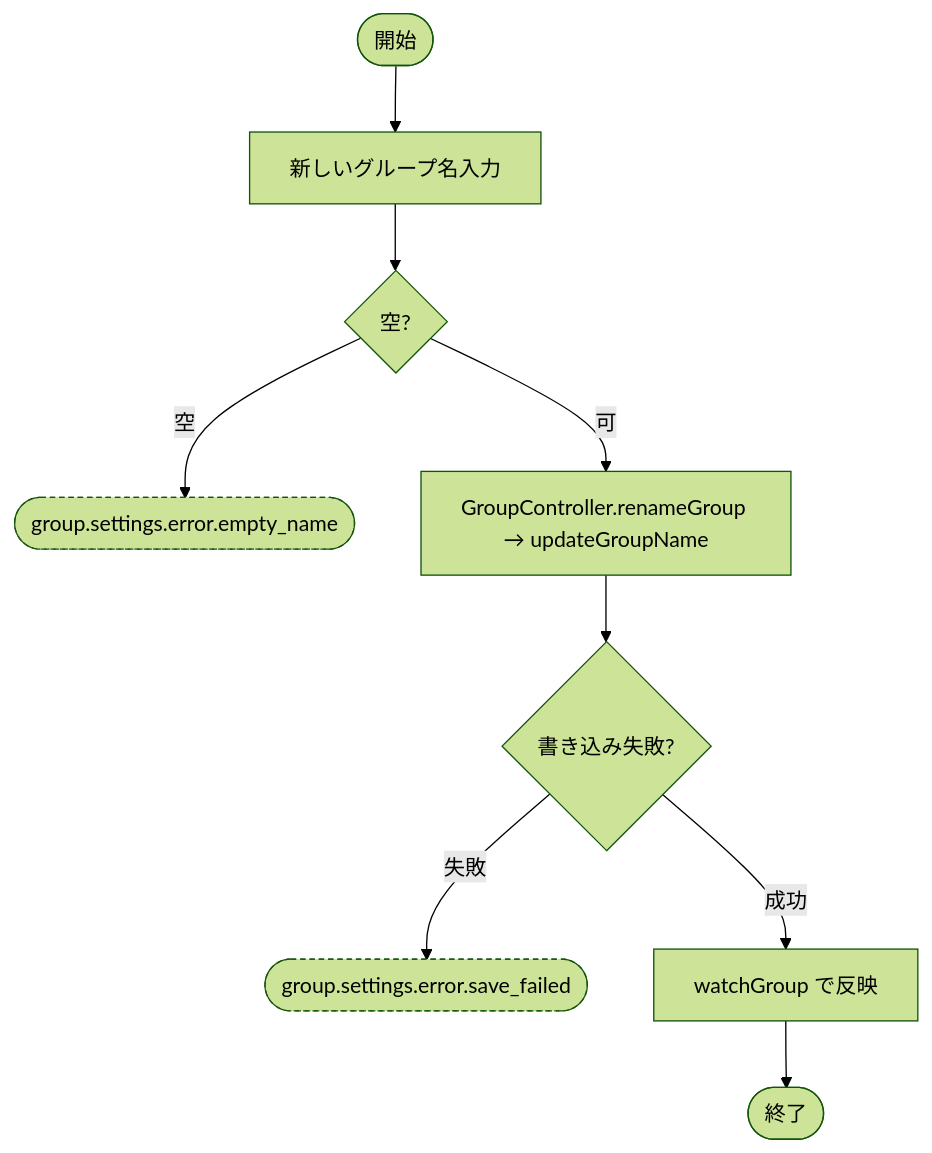
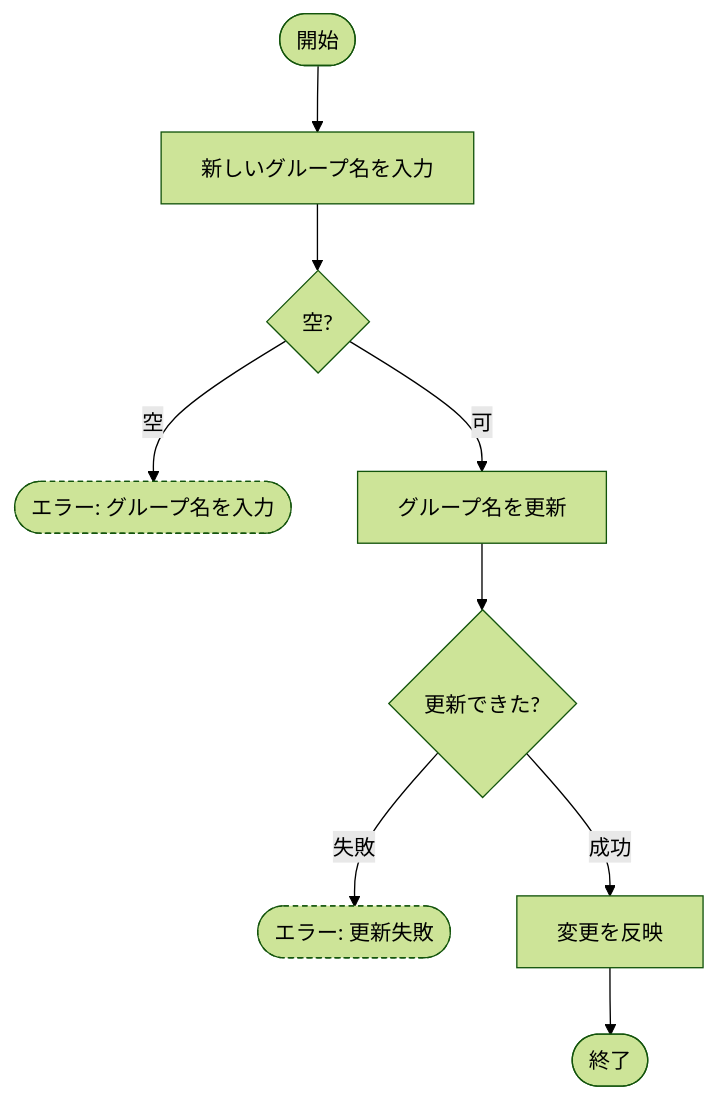
The eighth of 28 diagrams in docs/内部設計/アクティビティ図.md (ekusy/shopping-list-app-flutter), drawn with Mermaid (forest theme) before and after one commit. The commit also changed other lines of this file, not shown here.

First line of the commit message:
docs: アクティビティ図を処理の流れ・分岐の説明に集中させて改稿

````diff
--- a/docs/内部設計/アクティビティ図.md
+++ b/docs/内部設計/アクティビティ図.md
@@ -146,12 +135,12 @@
 ```mermaid
 flowchart TD
-    S([開始]) --> IN[新しいグループ名入力]
+    S([開始]) --> IN[新しいグループ名を入力]
     IN --> V{空?}
-    V -->|空| E1([group.settings.error.empty_name]):::err
-    V -->|可| C[GroupController.renameGroup → updateGroupName]
-    C --> Q{書き込み失敗?}
-    Q -->|失敗| E2([group.settings.error.save_failed]):::err
-    Q -->|成功| OK[watchGroup で反映]
+    V -->|空| E1([エラー: グループ名を入力]):::err
+    V -->|可| UPD[グループ名を更新]
+    UPD --> Q{更新できた?}
+    Q -->|失敗| E2([エラー: 更新失敗]):::err
+    Q -->|成功| OK[変更を反映]
     OK --> E([終了])
     classDef err stroke-dasharray: 4 3
 ```
````
